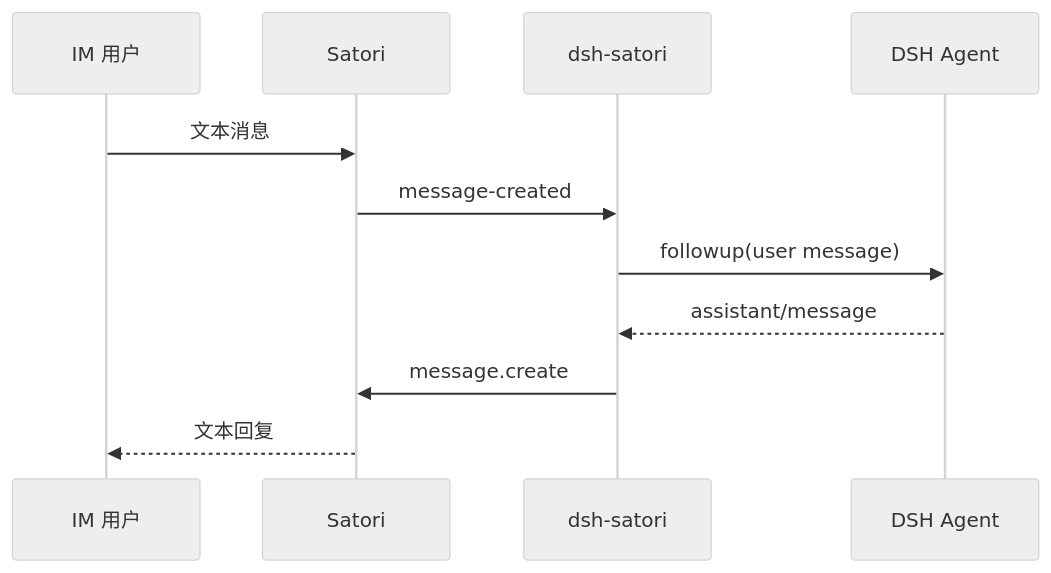
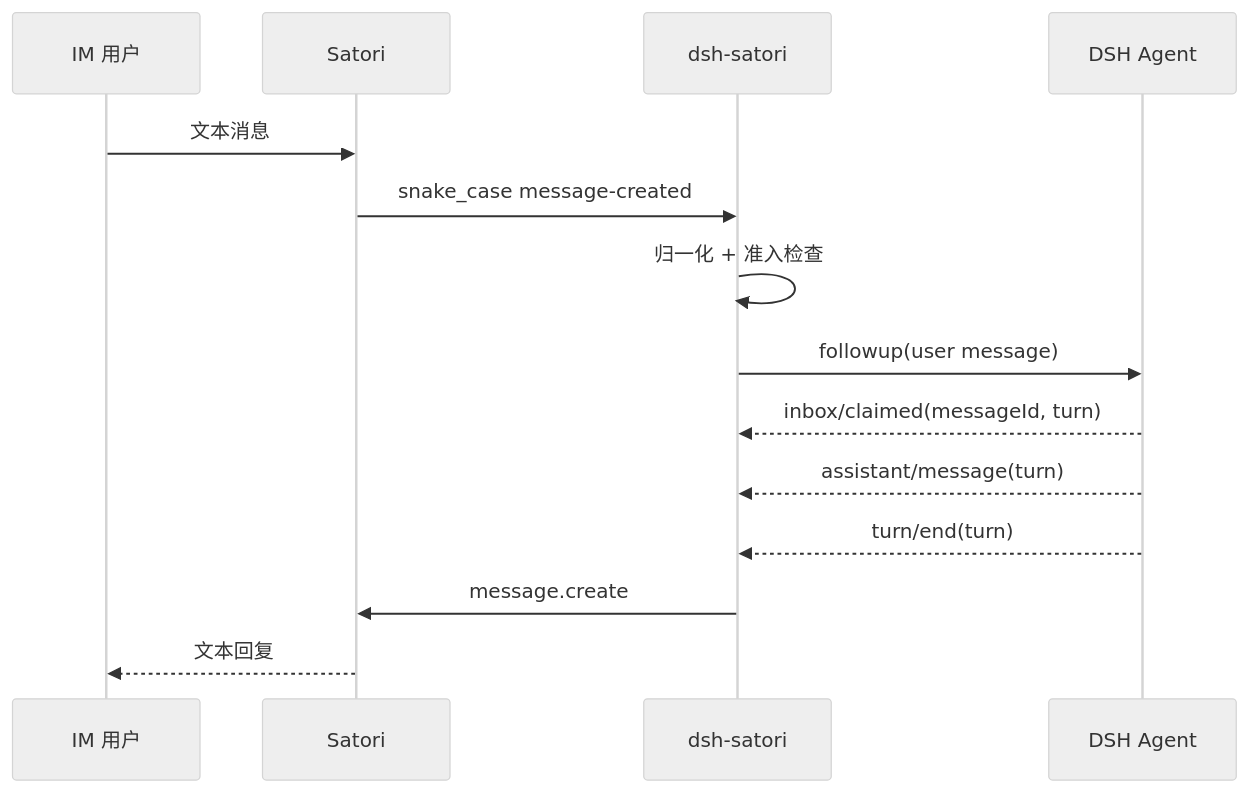
One commit to Ri0n72Y/dsh-satori changed the second of 2 diagrams in README-zh.md. Above: the diagram before and after it, drawn with Mermaid (neutral theme). The commit also changed other lines of this file and 19 other files, not shown here.

````diff
--- a/README-zh.md
+++ b/README-zh.md
@@ -116,14 +158,17 @@
 ```mermaid
 sequenceDiagram
     participant IM as IM 用户
     participant S as Satori
     participant P as dsh-satori
     participant D as DSH Agent
 
     IM->>S: 文本消息
-    S->>P: message-created
+    S->>P: snake_case message-created
+    P->>P: 归一化 + 准入检查
     P->>D: followup(user message)
-    D-->>P: assistant/message
+    D-->>P: inbox/claimed(messageId, turn)
+    D-->>P: assistant/message(turn)
+    D-->>P: turn/end(turn)
     P->>S: message.create
     S-->>IM: 文本回复
 ```
````
